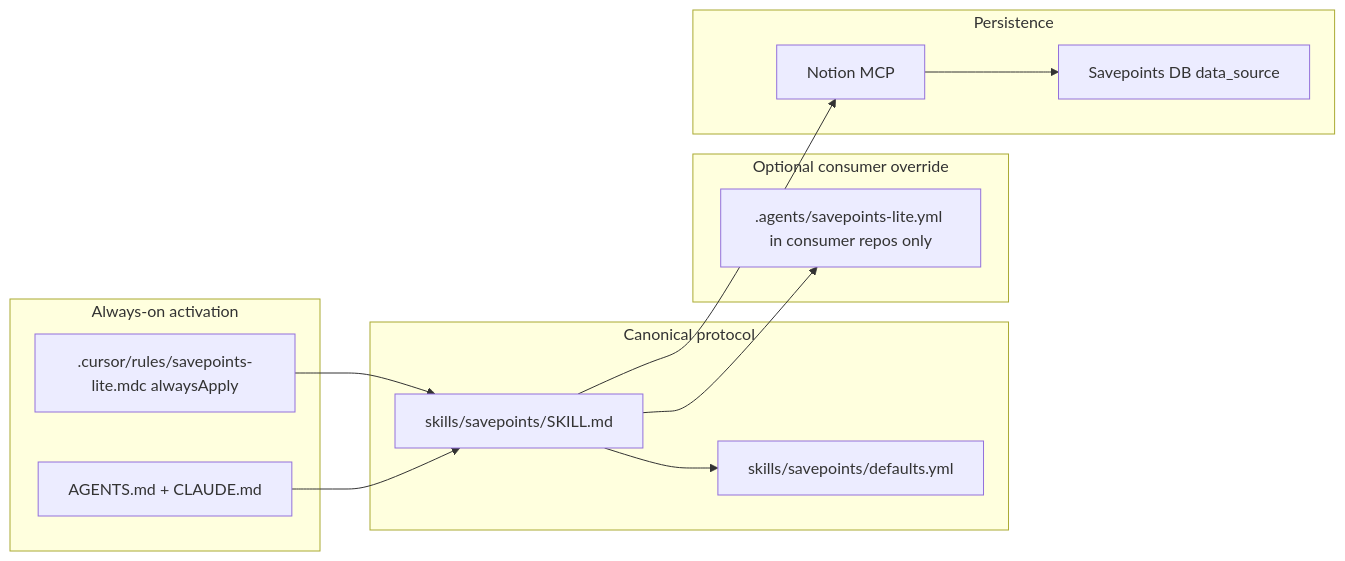
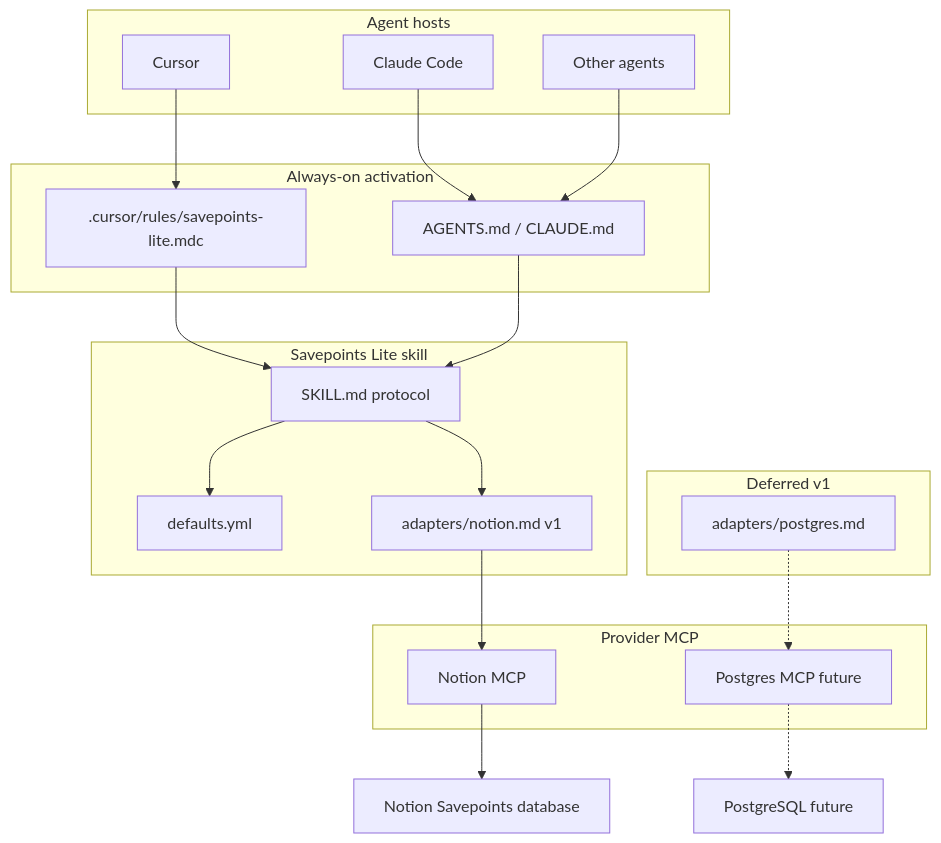
Before and after one commit to multipliers-dev/savepoints-lite: the diagram in .cursor/plans/2026-10-27-savepoints-lite-v1.plan.md, drawn with Mermaid. The commit also changed other lines of this file, not shown here.

First line of the commit message:
Plan: instruction-based storage adapters (Notion v1).

````diff
--- a/.cursor/plans/2026-10-27-savepoints-lite-v1.plan.md
+++ b/.cursor/plans/2026-10-27-savepoints-lite-v1.plan.md
@@ -31,24 +31,35 @@
 ```mermaid
-flowchart LR
+flowchart TB
+  subgraph hosts [Agent hosts]
+    Cursor["Cursor"]
+    Claude["Claude Code"]
+    Other["Other agents"]
+  end
   subgraph activation [Always-on activation]
-    Rule[".cursor/rules/savepoints-lite.mdc alwaysApply"]
-    Agents["AGENTS.md + CLAUDE.md"]
+    Rule[".cursor/rules/savepoints-lite.mdc"]
+    AgentsDoc["AGENTS.md / CLAUDE.md"]
   end
-  subgraph protocol [Canonical protocol]
-    Skill["skills/savepoints/SKILL.md"]
-    Defaults["skills/savepoints/defaults.yml"]
+  subgraph skillLayer [Savepoints Lite skill]
+    Skill["SKILL.md protocol"]
+    Defaults["defaults.yml"]
+    AdapterDoc["adapters/notion.md v1"]
   end
-  subgraph config [Optional consumer override]
-    AgentsYml[".agents/savepoints-lite.yml in consumer repos only"]
+  subgraph future [Deferred v1]
+    PgAdapter["adapters/postgres.md"]
   end
-  subgraph persist [Persistence]
-    MCP["Notion MCP"]
-    DB["Savepoints DB data_source"]
+  subgraph providers [Provider MCP]
+    NotionMCP["Notion MCP"]
+    PgMCP["Postgres MCP future"]
   end
+  Cursor --> Rule
+  Claude --> AgentsDoc
+  Other --> AgentsDoc
   Rule --> Skill
-  Agents --> Skill
-  Skill --> AgentsYml
+  AgentsDoc --> Skill
   Skill --> Defaults
-  Skill --> MCP
-  MCP --> DB
+  Skill --> AdapterDoc
+  AdapterDoc --> NotionMCP
+  PgAdapter -.-> PgMCP
+  NotionMCP --> NotionDB["Notion Savepoints database"]
+  PgMCP -.-> Postgres["PostgreSQL future"]
 ```
````
